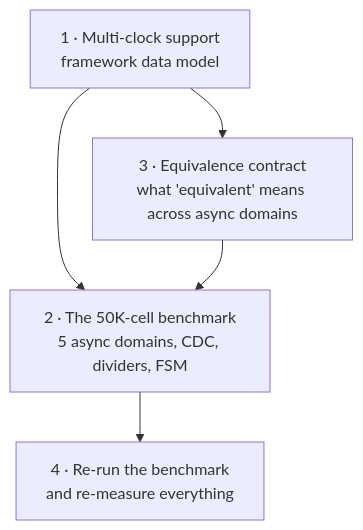
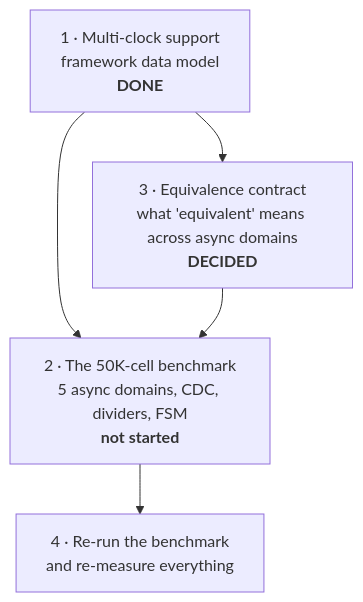
The second of 2 diagrams in HANDOFF.md (LunarLogician007/astra-vlsi), drawn with Mermaid before and after one commit. The commit also changed other lines of this file, not shown here.

````diff
--- a/HANDOFF.md
+++ b/HANDOFF.md
@@ -147,7 +162,7 @@
 ```mermaid
 flowchart TD
-  A["1 · Multi-clock support<br/>framework data model"] --> B["2 · The 50K-cell benchmark<br/>5 async domains, CDC, dividers, FSM"]
-  A --> C["3 · Equivalence contract<br/>what 'equivalent' means across async domains"]
+  A["1 · Multi-clock support<br/>framework data model<br/><b>DONE</b>"] --> B["2 · The 50K-cell benchmark<br/>5 async domains, CDC, dividers, FSM<br/><b>not started</b>"]
+  A --> C["3 · Equivalence contract<br/>what 'equivalent' means across async domains<br/><b>DECIDED</b>"]
   C --> B
   B --> D["4 · Re-run the benchmark<br/>and re-measure everything"]
 ```
````
